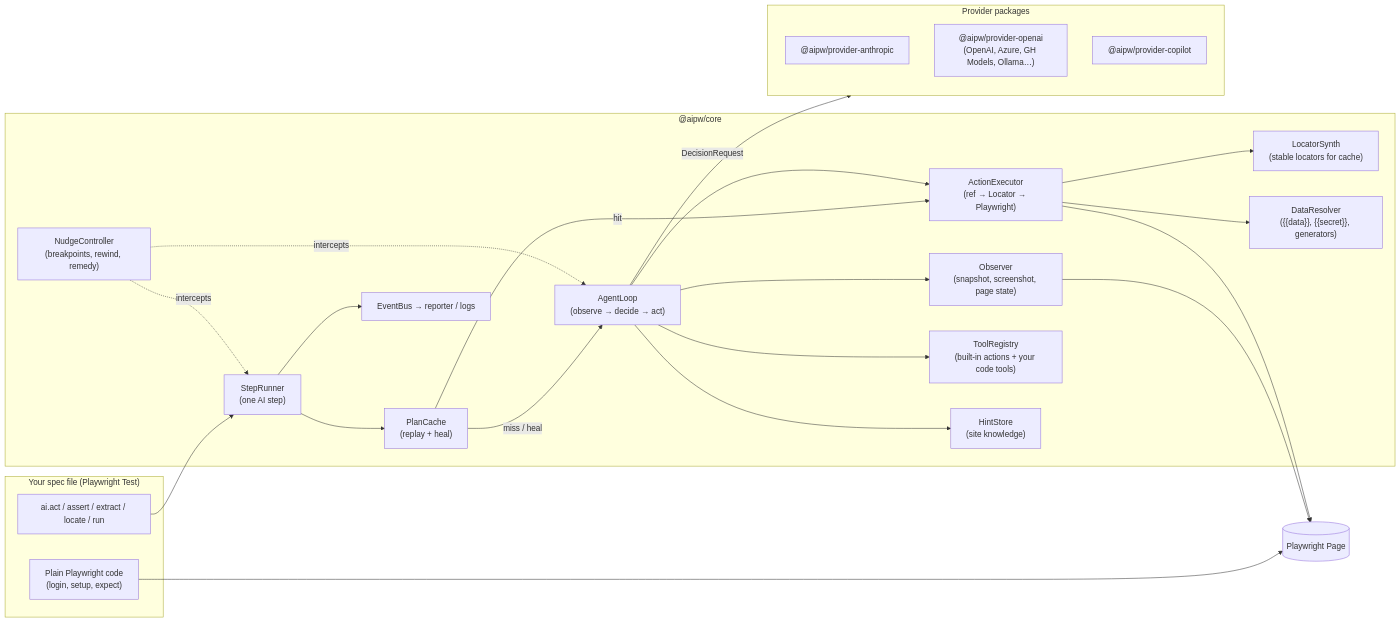
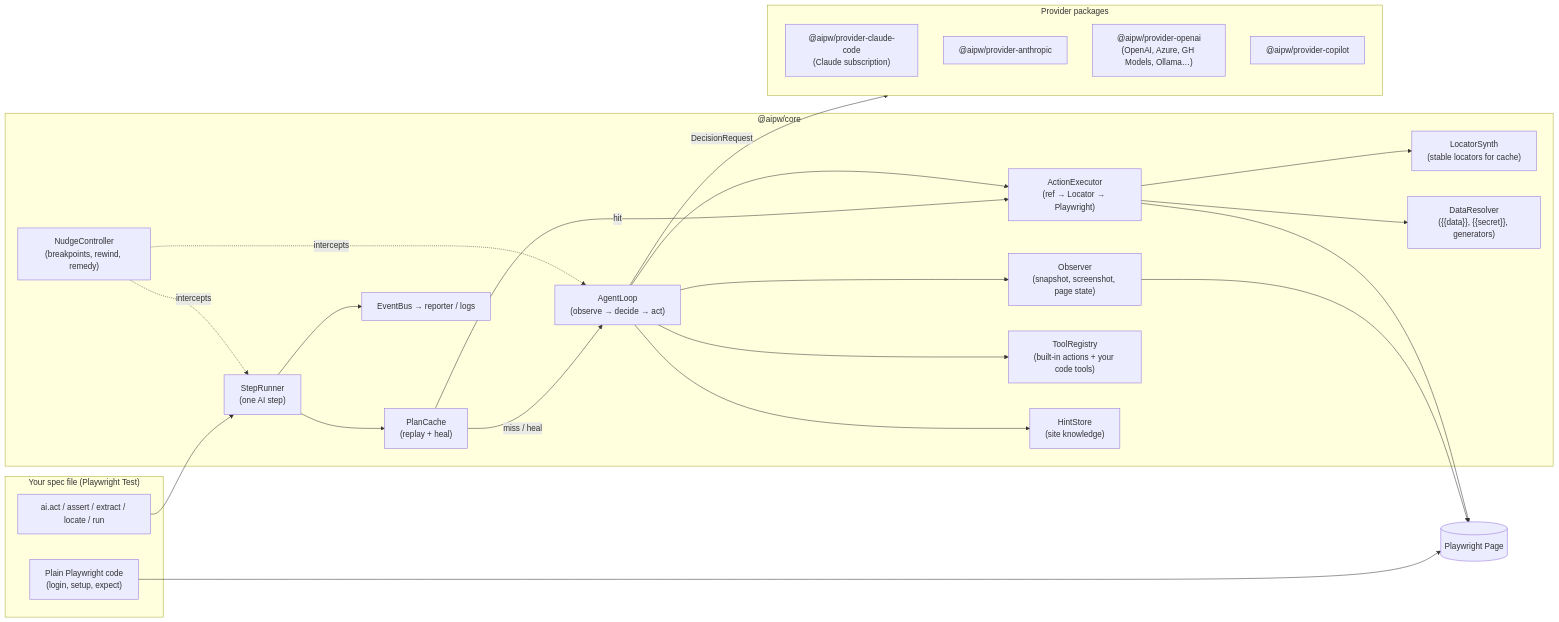
The first of 2 diagrams in docs/02-architecture.md (knoppies999/ai-playwright), drawn with Mermaid before and after one commit. The commit also changed other lines of this file and 24 other files, not shown here.

First line of the commit message:
Phase 0: spikes, results, and the claude-code provider decision

````diff
--- a/docs/02-architecture.md
+++ b/docs/02-architecture.md
@@ -5,45 +5,46 @@
 ```mermaid
 flowchart LR
   subgraph Test["Your spec file (Playwright Test)"]
     code["Plain Playwright code<br/>(login, setup, expect)"]
     aiapi["ai.act / assert / extract / locate / run"]
   end
 
   subgraph Core["@aipw/core"]
     step["StepRunner<br/>(one AI step)"]
     cache["PlanCache<br/>(replay + heal)"]
     loop["AgentLoop<br/>(observe → decide → act)"]
     obs["Observer<br/>(snapshot, screenshot, page state)"]
     exec["ActionExecutor<br/>(ref → Locator → Playwright)"]
     loc["LocatorSynth<br/>(stable locators for cache)"]
     data["DataResolver<br/>({{data}}, {{secret}}, generators)"]
     tools["ToolRegistry<br/>(built-in actions + your code tools)"]
     hints["HintStore<br/>(site knowledge)"]
     nudge["NudgeController<br/>(breakpoints, rewind, remedy)"]
     events["EventBus → reporter / logs"]
   end
 
   subgraph Providers["Provider packages"]
+    pk["@aipw/provider-claude-code<br/>(Claude subscription)"]
     pa["@aipw/provider-anthropic"]
     po["@aipw/provider-openai<br/>(OpenAI, Azure, GH Models, Ollama…)"]
     pc["@aipw/provider-copilot"]
   end
 
   browser[("Playwright Page")]
 
   aiapi --> step
   code --> browser
   step --> cache
   cache -- miss / heal --> loop
   cache -- hit --> exec
   loop --> obs --> browser
   loop -->|DecisionRequest| Providers
   loop --> exec --> browser
   exec --> data
   exec --> loc
   loop --> tools
   loop --> hints
   nudge -. intercepts .-> step
   nudge -. intercepts .-> loop
   step --> events
 ```
````
